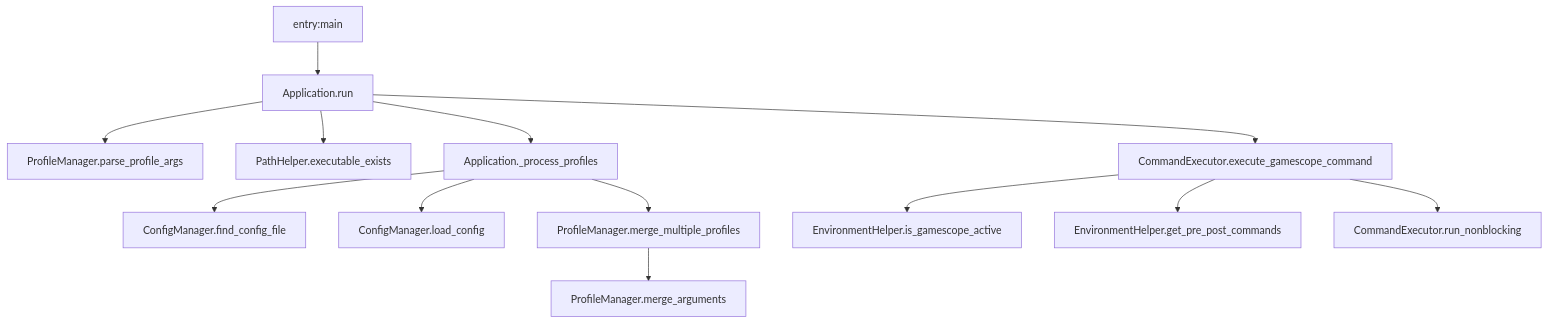
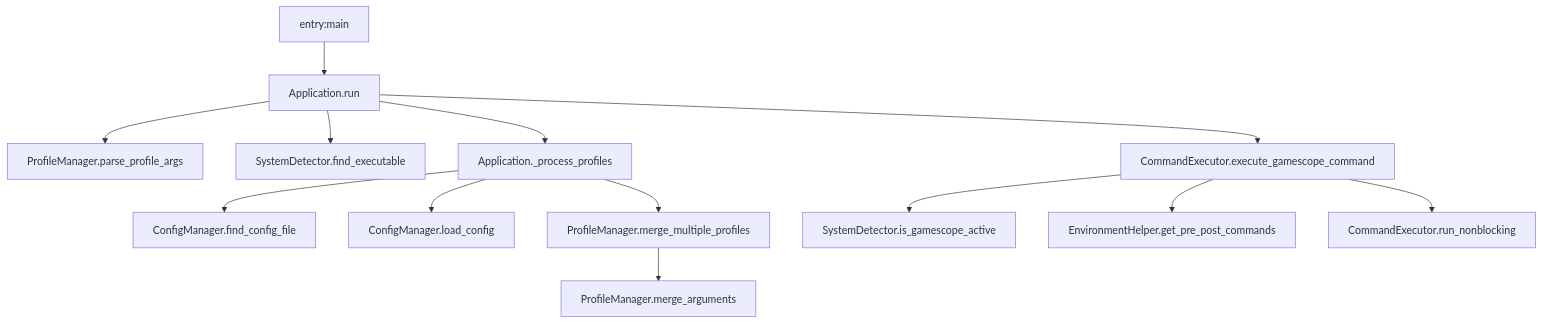
The diagram in DESIGN.md (WombatFromHell/neoscopebuddy), drawn with Mermaid before and after one commit. The commit also changed other lines of this file and 13 other files, not shown here.

````diff
--- a/DESIGN.md
+++ b/DESIGN.md
@@ -19,15 +19,15 @@
 ```mermaid
 graph TB
     A[entry:main] --> A0[Application.run]
     A0 --> A1[ProfileManager.parse_profile_args]
-    A0 --> A2[PathHelper.executable_exists]
+    A0 --> A2[SystemDetector.find_executable]
     A0 --> A3[Application._process_profiles]
     A3 --> A4[ConfigManager.find_config_file]
     A3 --> A5[ConfigManager.load_config]
     A3 --> A6[ProfileManager.merge_multiple_profiles]
     A0 --> A7[CommandExecutor.execute_gamescope_command]
     A6 --> A8[ProfileManager.merge_arguments]
-    A7 --> A9[EnvironmentHelper.is_gamescope_active]
+    A7 --> A9[SystemDetector.is_gamescope_active]
     A7 --> A10[EnvironmentHelper.get_pre_post_commands]
     A7 --> A11[CommandExecutor.run_nonblocking]
 ```
````
